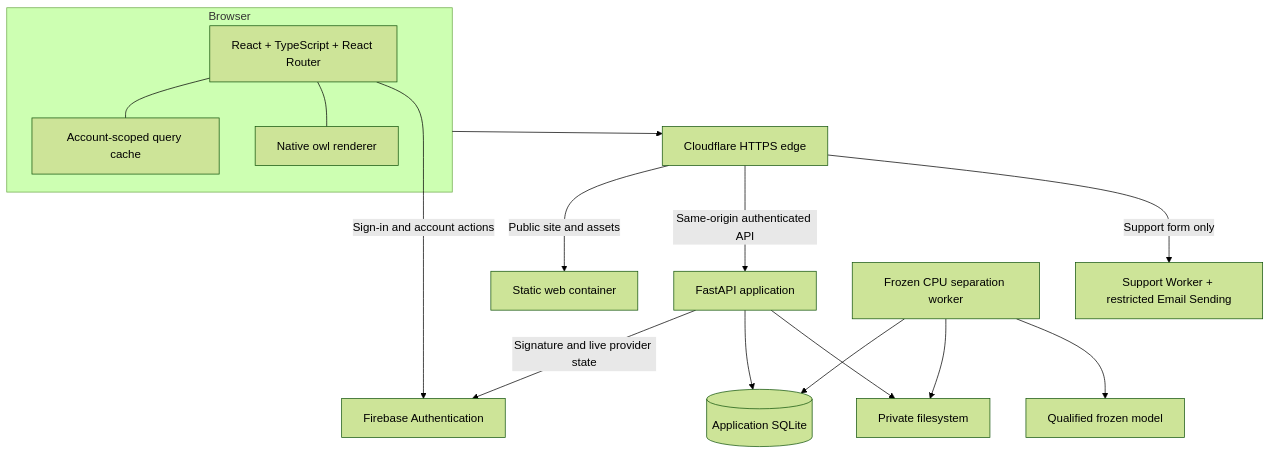
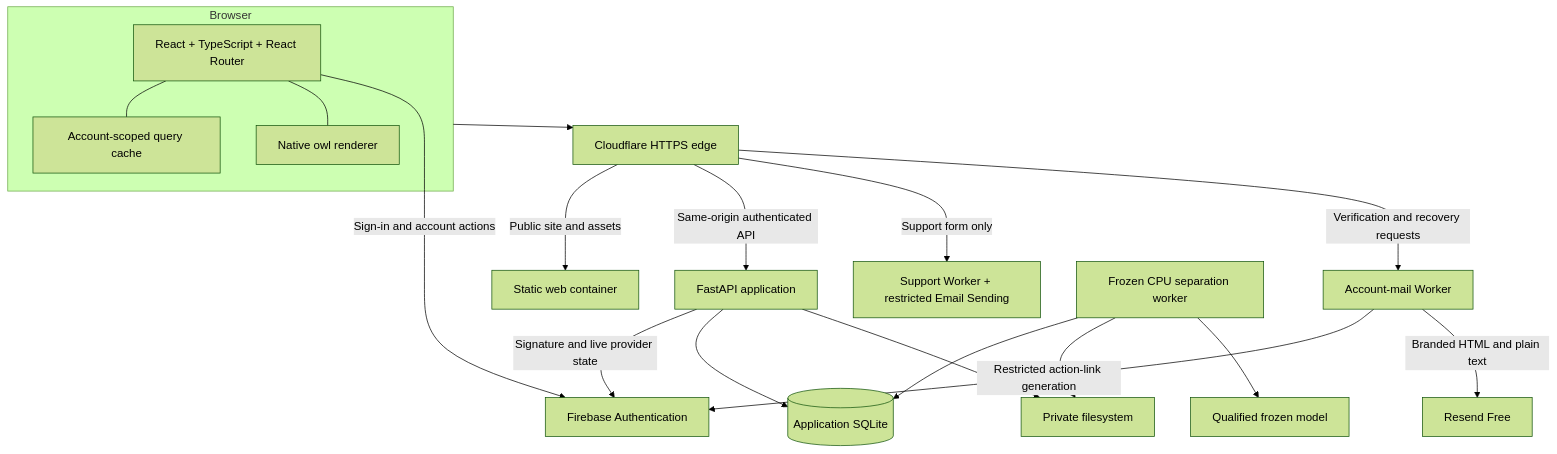
The first of 2 diagrams in ARCHITECTURE.md (ASHRAF-2004/StethoFuse), drawn with Mermaid (forest theme) before and after one commit. The commit also changed other lines of this file and 5 other files, not shown here.

Commit message:
docs: record verified free account email delivery

````diff
--- a/ARCHITECTURE.md
+++ b/ARCHITECTURE.md
@@ -7,30 +7,35 @@
 ```mermaid
 flowchart TB
     subgraph Client[Browser]
         UI[React + TypeScript + React Router]
         Query[Account-scoped query cache]
         Owl[Native owl renderer]
         UI --- Query
         UI --- Owl
     end
     Edge[Cloudflare HTTPS edge]
     Auth[Firebase Authentication]
     Mail[Support Worker + restricted Email Sending]
+    AccountMail[Account-mail Worker]
+    Delivery[Resend Free]
     Web[Static web container]
     API[FastAPI application]
     DB[(Application SQLite)]
     Media[Private filesystem]
     Worker[Frozen CPU separation worker]
     Model[Qualified frozen model]
     Client --> Edge
     UI -->|Sign-in and account actions| Auth
     Edge -->|Public site and assets| Web
     Edge -->|Same-origin authenticated API| API
     Edge -->|Support form only| Mail
+    Edge -->|Verification and recovery requests| AccountMail
+    AccountMail -->|Restricted action-link generation| Auth
+    AccountMail -->|Branded HTML and plain text| Delivery
     API -->|Signature and live provider state| Auth
     API --> DB
     API --> Media
     Worker --> DB
     Worker --> Media
     Worker --> Model
 ```
````
